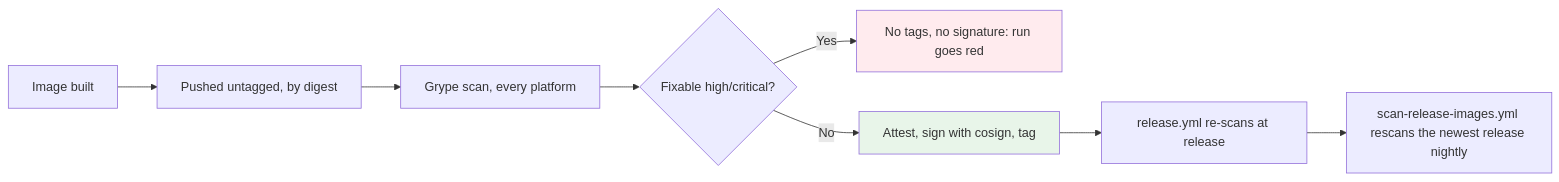
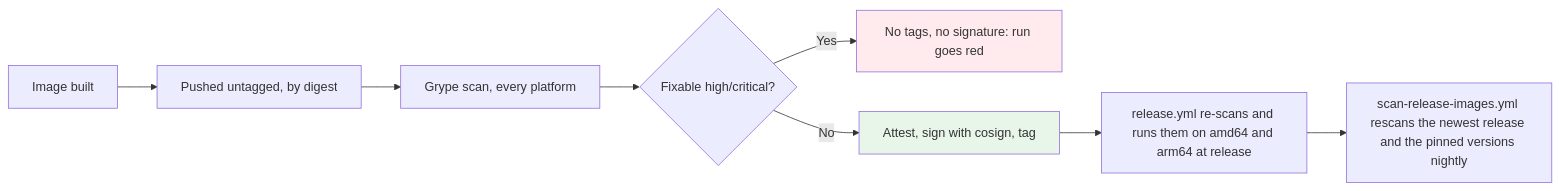
One commit to malpanez/ansible-devcontainer-vscode changed the seventh of 11 diagrams in docs/ARCHITECTURE.md. Above: the diagram before and after it, drawn with Mermaid. The commit also changed 1 other file, not shown here.

Commit message:
docs: say that a release runs its images before tagging them

````diff
--- a/docs/ARCHITECTURE.md
+++ b/docs/ARCHITECTURE.md
@@ -262,15 +262,15 @@
 ```mermaid
 graph LR
     A[Image built] --> B[Pushed untagged, by digest]
     B --> C[Grype scan, every platform]
     C --> D{Fixable high/critical?}
 
     D -->|Yes| E[No tags, no signature: run goes red]
     D -->|No| F[Attest, sign with cosign, tag]
 
-    F --> G[release.yml re-scans at release]
-    G --> H[scan-release-images.yml rescans the newest release nightly]
+    F --> G[release.yml re-scans and runs them on amd64 and arm64 at release]
+    G --> H[scan-release-images.yml rescans the newest release and the pinned versions nightly]
 
     style E fill:#ffebee
     style F fill:#e8f5e9
 ```
````
